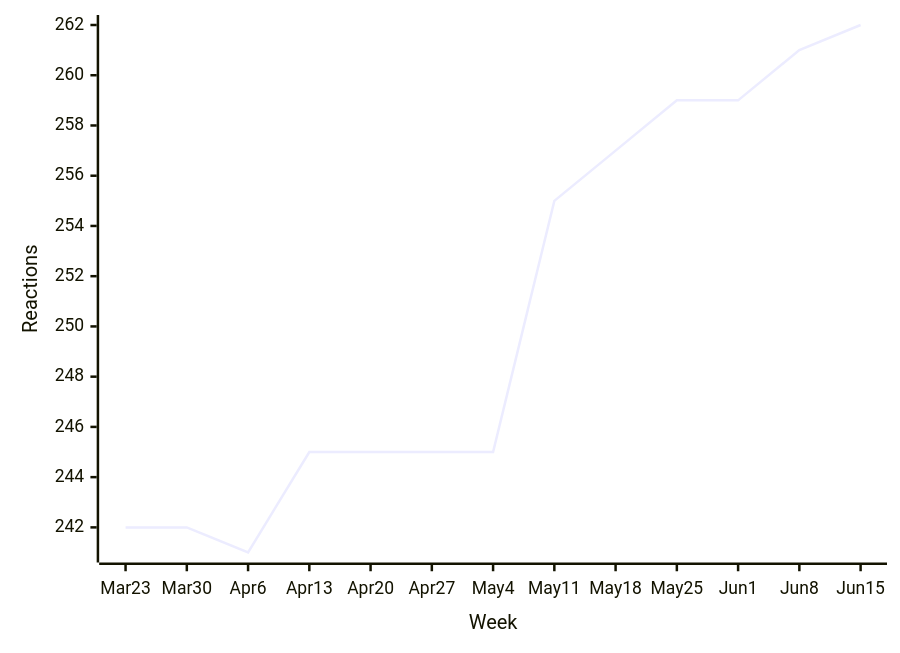
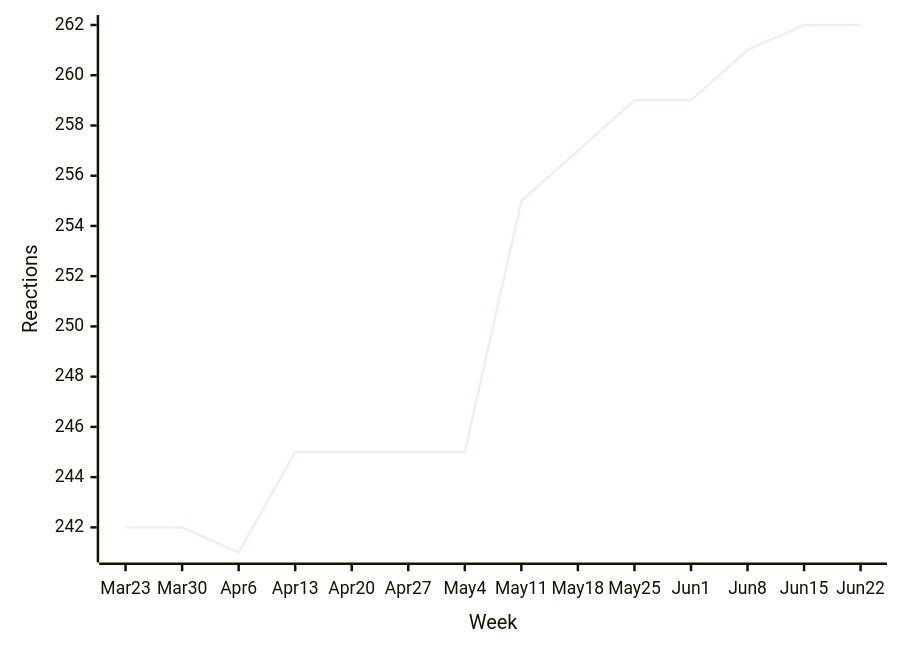
The eighth of 50 diagrams in README.md (loic-sharma/github-insights), drawn with Mermaid before and after one commit. The commit also changed other lines of this file and 3 other files, not shown here.

````diff
--- a/README.md
+++ b/README.md
@@ -458,6 +458,6 @@
   ```mermaid
   xychart-beta
-    x-axis "Week" [Mar 23, Mar 30, Apr 6, Apr 13, Apr 20, Apr 27, May 4, May 11, May 18, May 25, Jun 1, Jun 8, Jun 15]
+    x-axis "Week" [Mar 23, Mar 30, Apr 6, Apr 13, Apr 20, Apr 27, May 4, May 11, May 18, May 25, Jun 1, Jun 8, Jun 15, Jun 22]
     y-axis "Reactions"
-    line [242, 242, 241, 245, 245, 245, 245, 255, 257, 259, 259, 261, 262]
+    line [242, 242, 241, 245, 245, 245, 245, 255, 257, 259, 259, 261, 262, 262]
   ```
````
